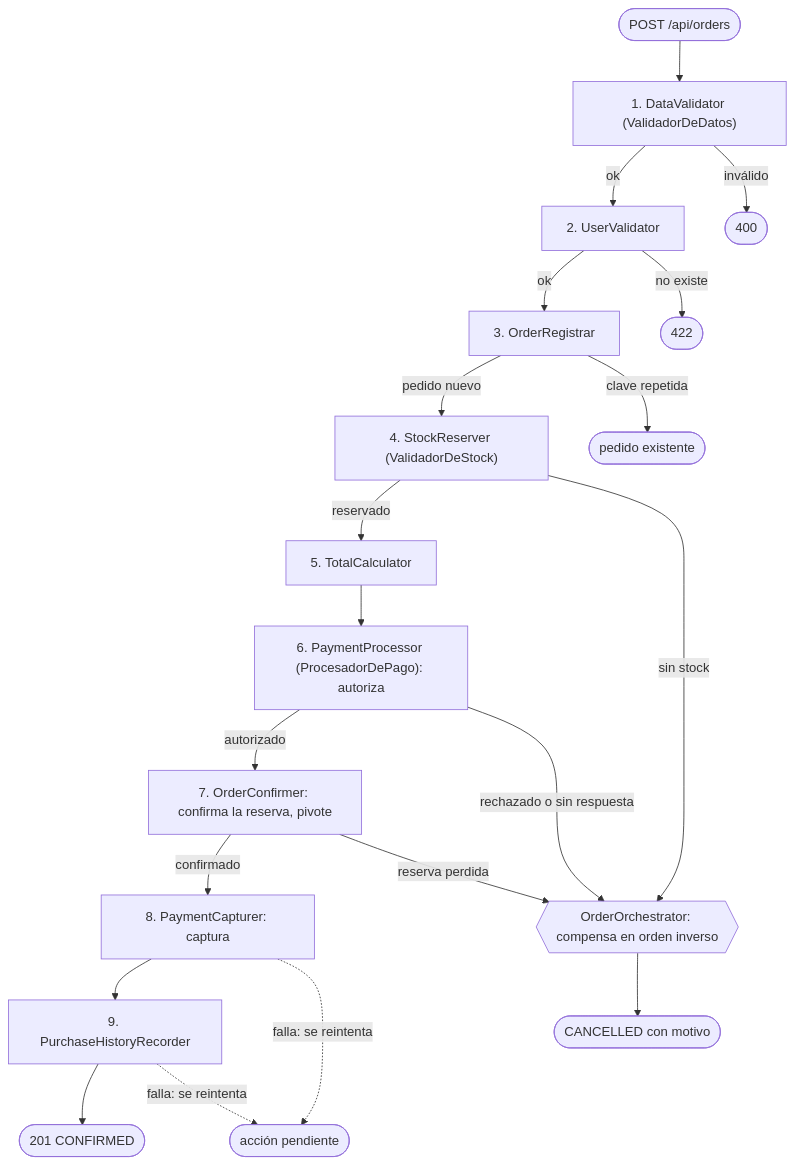
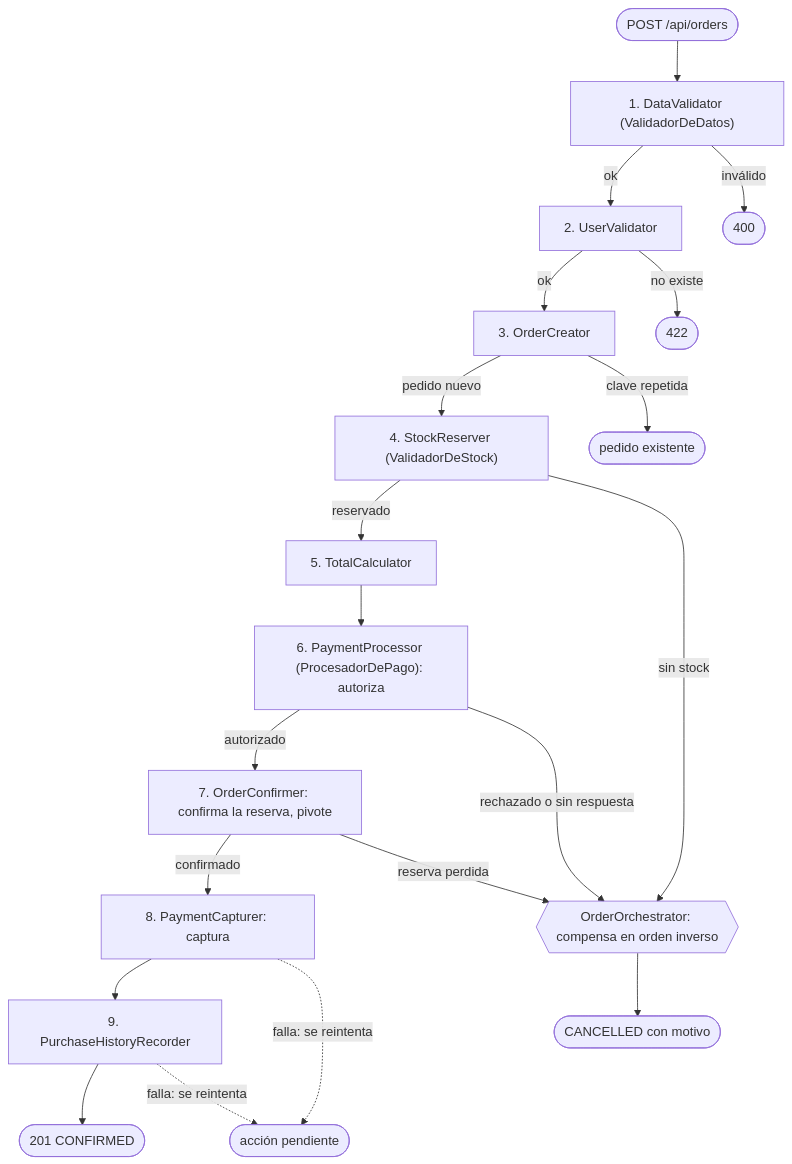
The first of 3 diagrams in docs/Especificacion_Requerimientos_ShopExpress.md (gerburgos/ShopExpress), drawn with Mermaid before and after one commit. The commit also changed other lines of this file and 4 other files, not shown here.

````diff
--- a/docs/Especificacion_Requerimientos_ShopExpress.md
+++ b/docs/Especificacion_Requerimientos_ShopExpress.md
@@ -407,23 +409,23 @@
 ```mermaid
 flowchart TB
     entrada(["POST /api/orders"]) --> h1["1. DataValidator (ValidadorDeDatos)"]
     h1 -->|"ok"| h2["2. UserValidator"]
-    h2 -->|"ok"| h3["3. OrderRegistrar"]
+    h2 -->|"ok"| h3["3. OrderCreator"]
     h3 -->|"pedido nuevo"| h4["4. StockReserver (ValidadorDeStock)"]
     h4 -->|"reservado"| h5["5. TotalCalculator"]
     h5 --> h6["6. PaymentProcessor (ProcesadorDePago): autoriza"]
     h6 -->|"autorizado"| h7["7. OrderConfirmer: confirma la reserva, pivote"]
     h7 -->|"confirmado"| h8["8. PaymentCapturer: captura"]
     h8 --> h9["9. PurchaseHistoryRecorder"]
     h9 --> fin(["201 CONFIRMED"])
 
     h1 -->|"inválido"| r400(["400"])
     h2 -->|"no existe"| r422(["422"])
     h3 -->|"clave repetida"| rdup(["pedido existente"])
     h4 -->|"sin stock"| comp{{"OrderOrchestrator: compensa en orden inverso"}}
     h6 -->|"rechazado o sin respuesta"| comp
     h7 -->|"reserva perdida"| comp
     comp --> cancel(["CANCELLED con motivo"])
     h8 -.->|"falla: se reintenta"| pend(["acción pendiente"])
     h9 -.->|"falla: se reintenta"| pend
 ```
````
